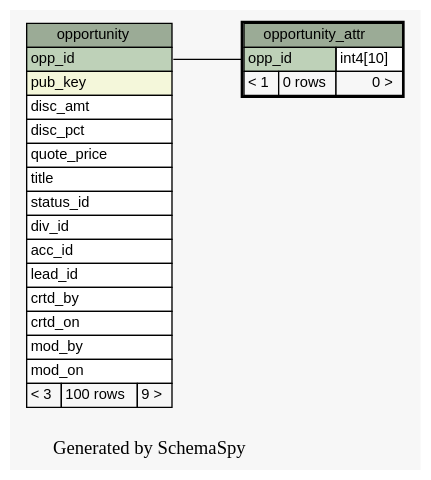
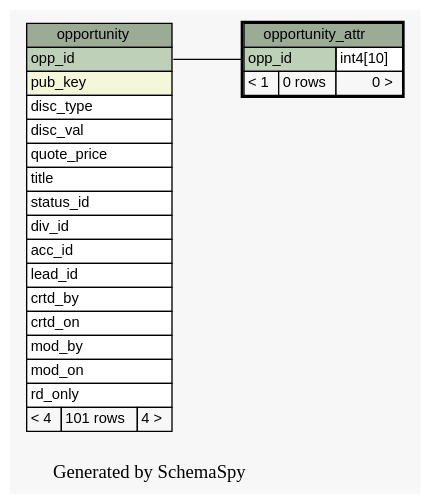
The diagram in docs/database/schemaspy/graphs/opportunity_attr.1degree.dot (engineerscraft/salesforce), drawn with Graphviz before and after one commit. The commit also changed 157 other files, not shown here.

```diff
--- a/docs/database/schemaspy/graphs/opportunity_attr.1degree.dot
+++ b/docs/database/schemaspy/graphs/opportunity_attr.1degree.dot
@@ -1,51 +1,52 @@
 // dot 2.38.0 on Windows 7 6.1
 digraph "oneDegreeRelationshipsGraph" {
   graph [
     rankdir="RL"
     bgcolor="#f7f7f7"
     label="\nGenerated by SchemaSpy"
     labeljust="l"
   ];
   node [
     fontname="Helvetica"
     fontsize="11"
     shape="plaintext"
   ];
   edge [
     arrowsize="0.8"
   ];
   "opportunity_attr":"opp_id":w -> "opportunity":"opp_id":e [arrowtail=tee arrowhead=none];
   "opportunity" [
     label=<
     <TABLE BORDER="0" CELLBORDER="1" CELLSPACING="0" BGCOLOR="#ffffff">
       <TR><TD PORT="opportunity.heading" COLSPAN="3" BGCOLOR="#9bab96" ALIGN="CENTER">opportunity</TD></TR>
       <TR><TD PORT="opp_id" COLSPAN="3" BGCOLOR="#bed1b8" ALIGN="LEFT">opp_id</TD></TR>
       <TR><TD PORT="pub_key" COLSPAN="3" BGCOLOR="#f4f7da" ALIGN="LEFT">pub_key</TD></TR>
-      <TR><TD PORT="disc_amt" COLSPAN="3" ALIGN="LEFT">disc_amt</TD></TR>
-      <TR><TD PORT="disc_pct" COLSPAN="3" ALIGN="LEFT">disc_pct</TD></TR>
+      <TR><TD PORT="disc_type" COLSPAN="3" ALIGN="LEFT">disc_type</TD></TR>
+      <TR><TD PORT="disc_val" COLSPAN="3" ALIGN="LEFT">disc_val</TD></TR>
       <TR><TD PORT="quote_price" COLSPAN="3" ALIGN="LEFT">quote_price</TD></TR>
       <TR><TD PORT="title" COLSPAN="3" ALIGN="LEFT">title</TD></TR>
       <TR><TD PORT="status_id" COLSPAN="3" ALIGN="LEFT">status_id</TD></TR>
       <TR><TD PORT="div_id" COLSPAN="3" ALIGN="LEFT">div_id</TD></TR>
       <TR><TD PORT="acc_id" COLSPAN="3" ALIGN="LEFT">acc_id</TD></TR>
       <TR><TD PORT="lead_id" COLSPAN="3" ALIGN="LEFT">lead_id</TD></TR>
       <TR><TD PORT="crtd_by" COLSPAN="3" ALIGN="LEFT">crtd_by</TD></TR>
       <TR><TD PORT="crtd_on" COLSPAN="3" ALIGN="LEFT">crtd_on</TD></TR>
       <TR><TD PORT="mod_by" COLSPAN="3" ALIGN="LEFT">mod_by</TD></TR>
       <TR><TD PORT="mod_on" COLSPAN="3" ALIGN="LEFT">mod_on</TD></TR>
-      <TR><TD ALIGN="LEFT" BGCOLOR="#f7f7f7">&lt; 3</TD><TD ALIGN="RIGHT" BGCOLOR="#f7f7f7">100 rows</TD><TD ALIGN="RIGHT" BGCOLOR="#f7f7f7">9 &gt;</TD></TR>
+      <TR><TD PORT="rd_only" COLSPAN="3" ALIGN="LEFT">rd_only</TD></TR>
+      <TR><TD ALIGN="LEFT" BGCOLOR="#f7f7f7">&lt; 4</TD><TD ALIGN="RIGHT" BGCOLOR="#f7f7f7">101 rows</TD><TD ALIGN="RIGHT" BGCOLOR="#f7f7f7">4 &gt;</TD></TR>
     </TABLE>>
     URL="opportunity.html#graph"
     tooltip="opportunity"
   ];
   "opportunity_attr" [
     label=<
     <TABLE BORDER="2" CELLBORDER="1" CELLSPACING="0" BGCOLOR="#ffffff">
       <TR><TD PORT="opportunity_attr.heading" COLSPAN="3" BGCOLOR="#9bab96" ALIGN="CENTER">opportunity_attr</TD></TR>
       <TR><TD PORT="opp_id" COLSPAN="2" BGCOLOR="#bed1b8" ALIGN="LEFT">opp_id</TD><TD PORT="opp_id.type" ALIGN="LEFT">int4[10]</TD></TR>
       <TR><TD ALIGN="LEFT" BGCOLOR="#f7f7f7">&lt; 1</TD><TD ALIGN="RIGHT" BGCOLOR="#f7f7f7">0 rows</TD><TD ALIGN="RIGHT" BGCOLOR="#f7f7f7">0 &gt;</TD></TR>
     </TABLE>>
     URL="opportunity_attr.html#"
     tooltip="opportunity_attr"
   ];
 }
```
